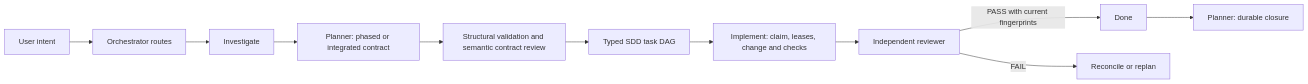
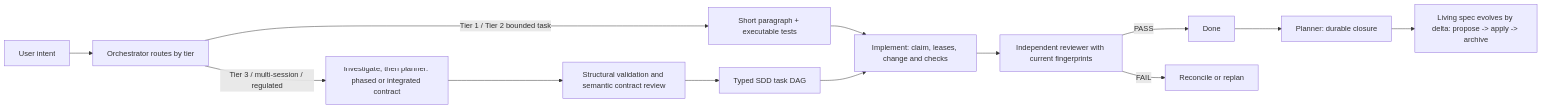
Before and after one commit to lleontor705/cortex-ia: the diagram in docs/operations/sdd-workflow.md, drawn with Mermaid. The commit also changed 12 other files, not shown here.

````diff
--- a/docs/operations/sdd-workflow.md
+++ b/docs/operations/sdd-workflow.md
@@ -13,13 +13,15 @@
 ```mermaid
 flowchart LR
-  A[User intent] --> B[Orchestrator routes]
-  B --> C[Investigate]
-  C --> D[Planner: phased or integrated contract]
+  A[User intent] --> B[Orchestrator routes by tier]
+  B -->|Tier 1 / Tier 2 bounded task| C[Short paragraph + executable tests]
+  B -->|Tier 3 / multi-session / regulated| D[Investigate, then planner: phased or integrated contract]
   D --> E[Structural validation and semantic contract review]
   E --> F[Typed SDD task DAG]
-  F --> G[Implement: claim, leases, change and checks]
-  G --> H[Independent reviewer]
-  H -->|PASS with current fingerprints| I[Done]
+  C --> G[Implement: claim, leases, change and checks]
+  F --> G
+  G --> H[Independent reviewer with current fingerprints]
+  H -->|PASS| I[Done]
   H -->|FAIL| J[Reconcile or replan]
   I --> K[Planner: durable closure]
+  K --> L[Living spec evolves by delta: propose -> apply -> archive]
 ```
````
